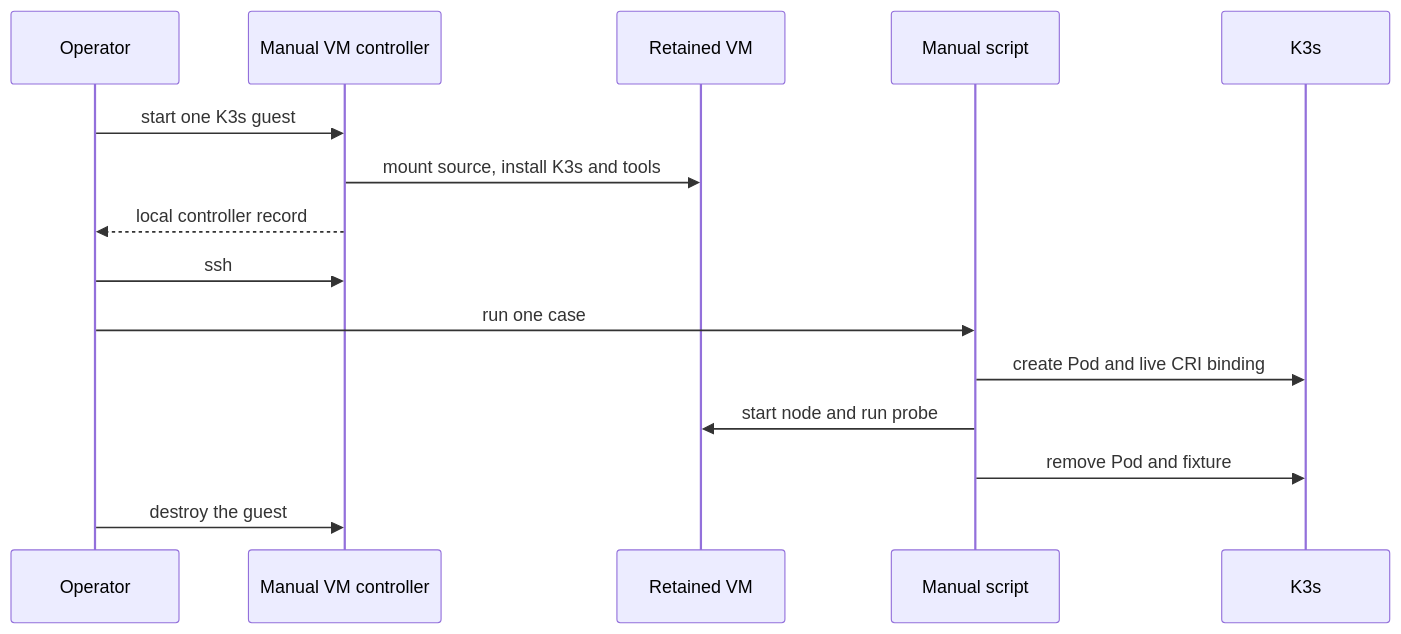
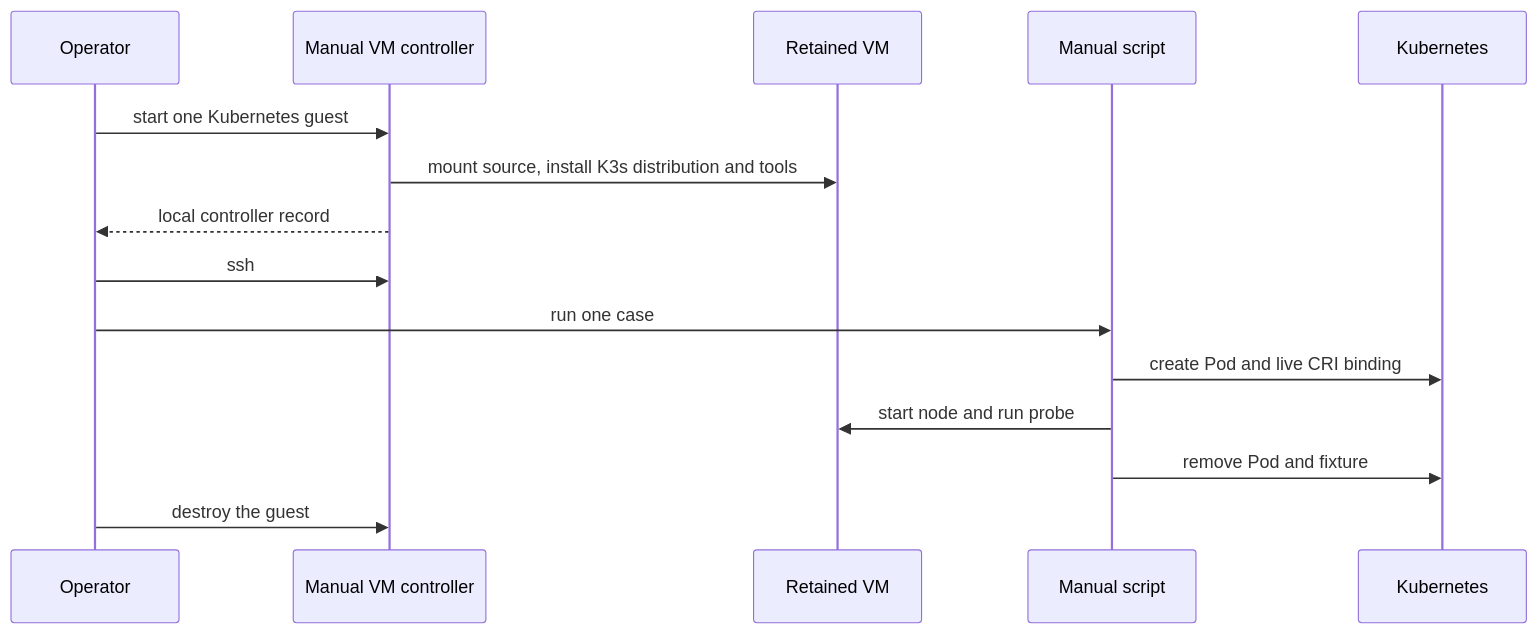
Before and after one commit to Ereborlabs/erebor-runtime: diagram 32 of 38 in docs/plans/mithril-hugging-face-intrusion-prevention/implemented-phase-review.md, drawn with Mermaid. The commit also changed other lines of this file and 13 other files, not shown here.

````diff
--- a/docs/plans/mithril-hugging-face-intrusion-prevention/implemented-phase-review.md
+++ b/docs/plans/mithril-hugging-face-intrusion-prevention/implemented-phase-review.md
@@ -2378,18 +2450,18 @@
 ```mermaid
 sequenceDiagram
     participant O as Operator
     participant H as Manual VM controller
     participant V as Retained VM
     participant S as Manual script
-    participant K as K3s
+    participant K as Kubernetes
 
-    O->>H: start one K3s guest
-    H->>V: mount source, install K3s and tools
+    O->>H: start one Kubernetes guest
+    H->>V: mount source, install K3s distribution and tools
     H-->>O: local controller record
     O->>H: ssh
     O->>S: run one case
     S->>K: create Pod and live CRI binding
     S->>V: start node and run probe
     S->>K: remove Pod and fixture
     O->>H: destroy the guest
 ```
````
